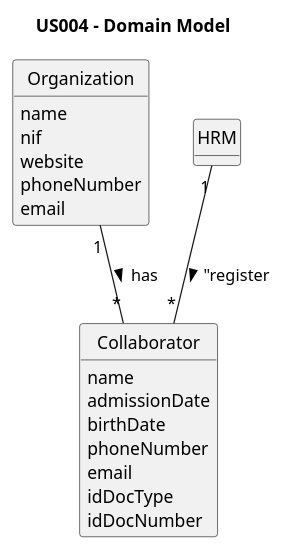
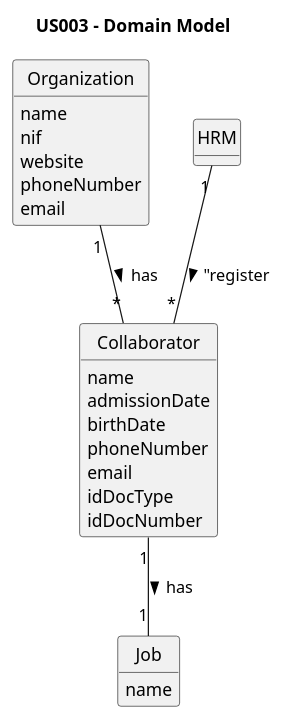
One commit to Rui-San/LAPR2_2023_2024 changed the diagram in docs/sprintA/us003/02.analysis/puml/us003-domain-model.puml. Above: the diagram before and after it, drawn with PlantUML.

Commit message:
US003: Fixed domain model

```diff
--- a/docs/sprintA/us003/02.analysis/puml/us003-domain-model.puml
+++ b/docs/sprintA/us003/02.analysis/puml/us003-domain-model.puml
@@ -1,40 +1,44 @@
 @startuml
 skinparam monochrome true
 skinparam packageStyle rectangle
 skinparam shadowing false
 'left to right direction
 
 skinparam classAttributeIconSize 0
 
 hide circle
 hide methods
 
-title US004 - Domain Model
+title US003 - Domain Model
 
 class Organization {
     name
     nif
     website
     phoneNumber
     email
 }
 
 class HRM{
 
+}
+
+class Job{
+    name
 }
 
 class Collaborator{
     name
     admissionDate
     birthDate
     phoneNumber
     email
     idDocType
     idDocNumber
 }
 
 HRM "1" -- "*" Collaborator : "register >
 Organization "1" -- "*" Collaborator : "has >"
-
+Collaborator "1" -- "1" Job : "has >"
 
 @enduml
```
